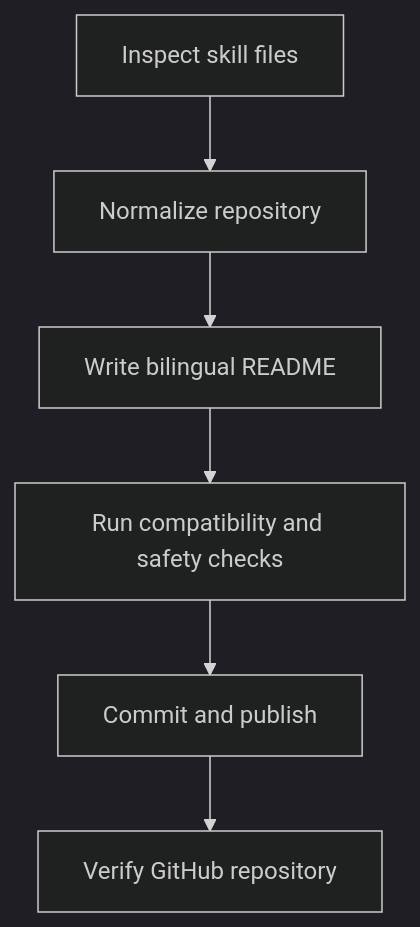
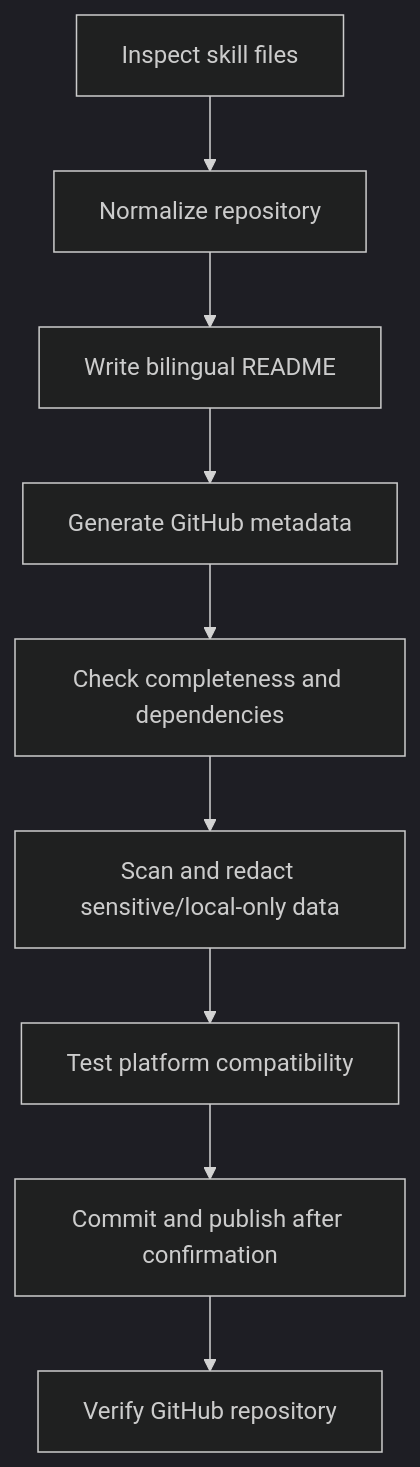
Before and after one commit to chemny/GitHub-skill-publisher: the diagram in README.md, drawn with Mermaid (dark theme). The commit also changed other lines of this file and 10 other files, not shown here.

Commit message:
Publish full README and release checks

````diff
--- a/README.md
+++ b/README.md
@@ -99,8 +104,11 @@
 ```mermaid
 flowchart TD
     A["Inspect skill files"] --> B["Normalize repository"]
     B --> C["Write bilingual README"]
-    C --> D["Run compatibility and safety checks"]
-    D --> E["Commit and publish"]
-    E --> F["Verify GitHub repository"]
+    C --> D["Generate GitHub metadata"]
+    D --> E["Check completeness and dependencies"]
+    E --> F["Scan and redact sensitive/local-only data"]
+    F --> G["Test platform compatibility"]
+    G --> H["Commit and publish after confirmation"]
+    H --> I["Verify GitHub repository"]
 ```
````
